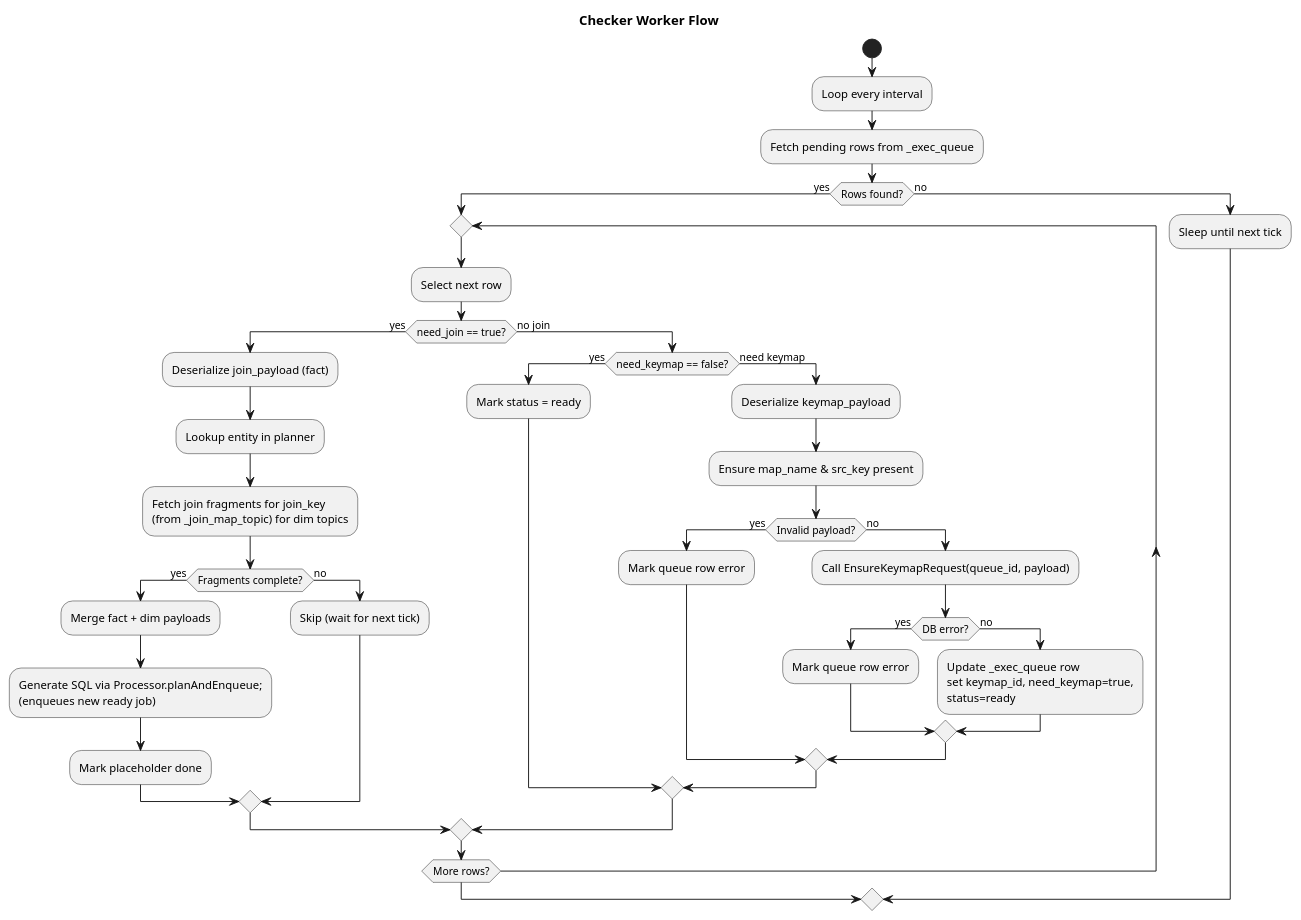
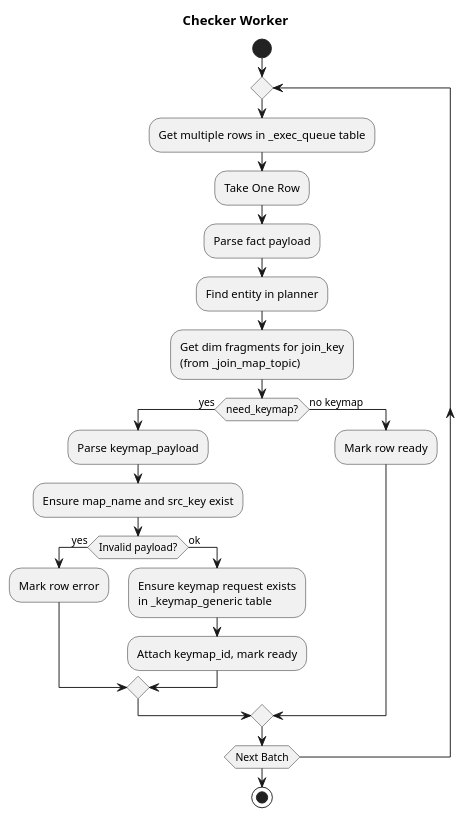
Before and after one commit to mirza27/postgres_federation_tools: the diagram in docs/checker_flow.puml, drawn with PlantUML. The commit also changed 3 other files, not shown here.

Commit message:
docs(UML): simplify workers flow

```diff
--- a/docs/checker_flow.puml
+++ b/docs/checker_flow.puml
@@ -1,44 +1,29 @@
 @startuml CheckerFlow
-title Checker Worker Flow
+title Checker Worker
 
 start
-:Loop every interval;
-:Fetch pending rows from _exec_queue;
-if (Rows found?) then (yes)
   repeat
-    :Select next row;
-    if (need_join == true?) then (yes)
-      :Deserialize join_payload (fact);
-      :Lookup entity in planner;
-      :Fetch join fragments for join_key\n(from _join_map_topic) for dim topics;
-      if (Fragments complete?) then (yes)
-        :Merge fact + dim payloads;
-        :Generate SQL via Processor.planAndEnqueue;\n(enqueues new ready job);
-        :Mark placeholder done;
-      else (no)
-        :Skip (wait for next tick);
+:Get multiple rows in _exec_queue table;
+:Take One Row;
+    
+      :Parse fact payload;
+      :Find entity in planner;
+      :Get dim fragments for join_key\n(from _join_map_topic);
+    
+      if (need_keymap?) then (yes)
+        :Parse keymap_payload;
+        :Ensure map_name and src_key exist;
+        if (Invalid payload?) then (yes)
+          :Mark row error;
+        else (ok)
+          :Ensure keymap request exists\nin _keymap_generic table;
+          :Attach keymap_id, mark ready;
+        endif
+      else (no keymap)
+        :Mark row ready;
       endif
-    else (no join)
-      if (need_keymap == false?) then (yes)
-        :Mark status = ready;
-      else (need keymap)
-        :Deserialize keymap_payload;
-        :Ensure map_name & src_key present;
-        if (Invalid payload?) then (yes)
-          :Mark queue row error;
-        else (no)
-          :Call EnsureKeymapRequest(queue_id, payload);
-          if (DB error?) then (yes)
-            :Mark queue row error;
-          else (no)
-            :Update _exec_queue row\nset keymap_id, need_keymap=true,\nstatus=ready;
-          endif
-        endif
-      endif
-    endif
-  repeat while (More rows?)
-else (no)
-  :Sleep until next tick;
-endif
+    
+  repeat while (Next Batch)
 
+stop
 @enduml
```
